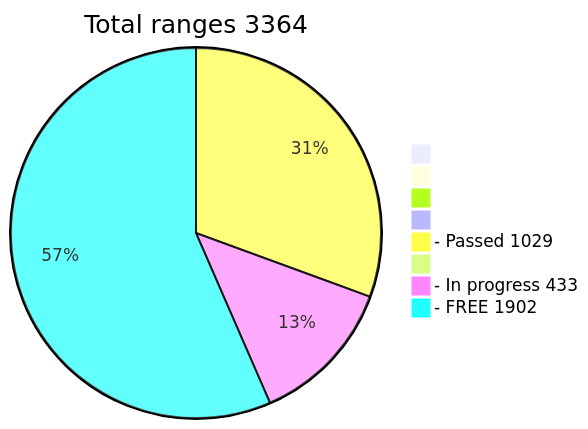
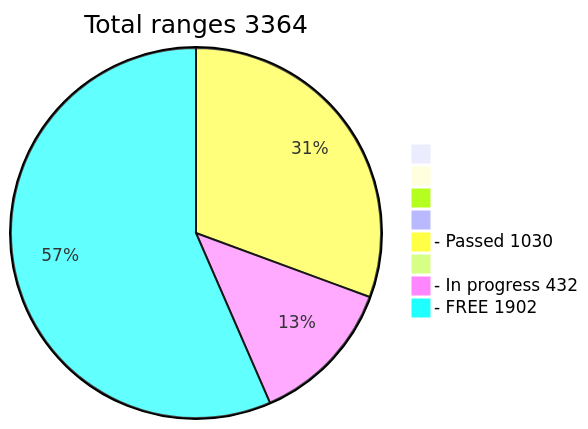
Before and after one commit to phrutis/wif500: the diagram in README.md, drawn with Mermaid.

````diff
--- a/README.md
+++ b/README.md
@@ -16,12 +16,12 @@
 ```mermaid
 pie title Total ranges 3364
              " " : 0
             "  " : 0
            "   " : 0
           "    " : 0
-  "- Passed 1029" : 1029
+  "- Passed 1030" : 1030
          "     " : 0
-  "- In progress 433" : 433
+  "- In progress 432" : 432
    "- FREE 1902" : 1902
    
 ```
````
